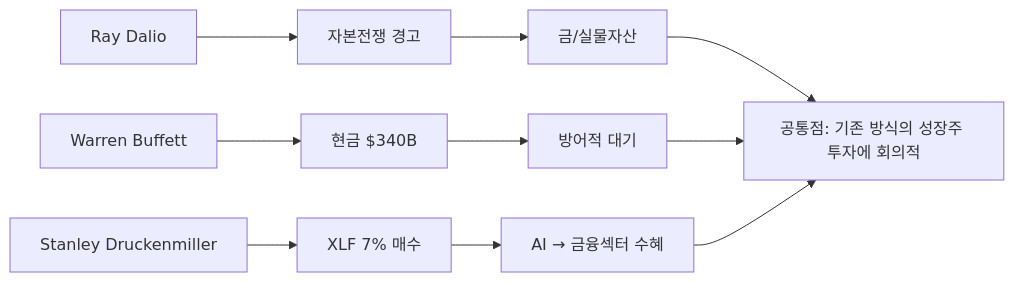
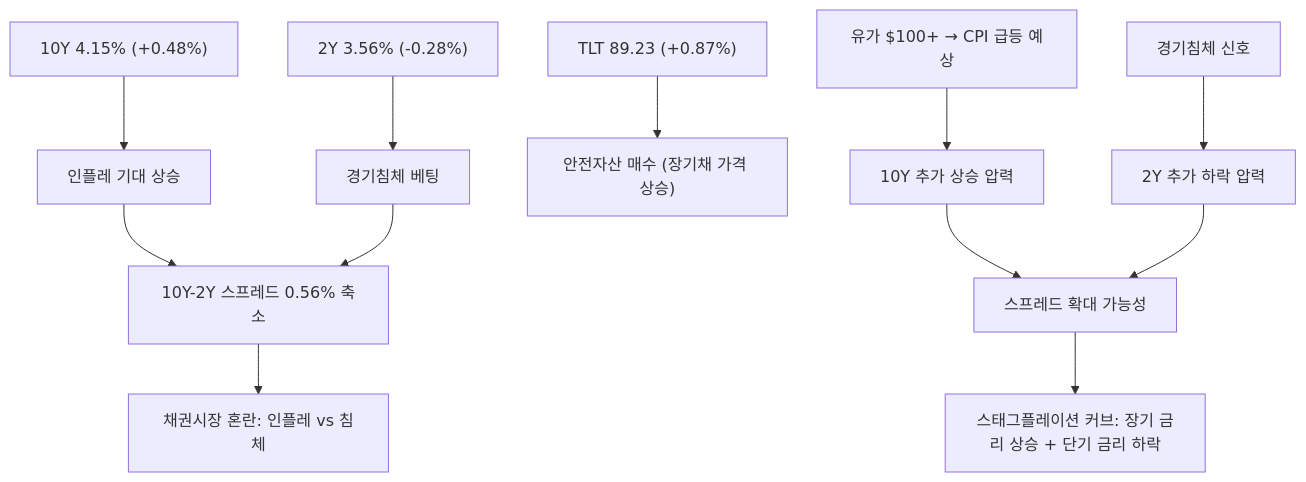
One commit to dss99911/dss99911.github.io changed the second of 8 diagrams in _posts/knowledge/invest/2026-01-21-macroeconomic-policy-sector-outlook-2026.md. Above: the diagram before and after it, drawn with Mermaid. The commit also changed other lines of this file and 4 other files, not shown here.

````diff
--- a/_posts/knowledge/invest/2026-01-21-macroeconomic-policy-sector-outlook-2026.md
+++ b/_posts/knowledge/invest/2026-01-21-macroeconomic-policy-sector-outlook-2026.md
@@ -124,12 +142,14 @@
 ```mermaid
-graph LR
-    A["Ray Dalio"] --> B["자본전쟁 경고"]
-    B --> C["금/실물자산"]
-    D["Warren Buffett"] --> E["현금 $340B"]
-    E --> F["방어적 대기"]
-    G["Stanley Druckenmiller"] --> H["XLF 7% 매수"]
-    H --> I["AI → 금융섹터 수혜"]
-    C --> J["공통점: 기존 방식의 성장주 투자에 회의적"]
-    F --> J
-    I --> J
+graph TD
+    A["10Y 4.15% (+0.48%)"] --> B["인플레 기대 상승"]
+    C["2Y 3.56% (-0.28%)"] --> D["경기침체 베팅"]
+    B --> E["10Y-2Y 스프레드 0.56% 축소"]
+    D --> E
+    E --> F["채권시장 혼란: 인플레 vs 침체"]
+    G["TLT 89.23 (+0.87%)"] --> H["안전자산 매수 (장기채 가격 상승)"]
+    I["유가 $100+ → CPI 급등 예상"] --> J["10Y 추가 상승 압력"]
+    K["경기침체 신호"] --> L["2Y 추가 하락 압력"]
+    J --> M["스프레드 확대 가능성"]
+    L --> M
+    M --> N["스태그플레이션 커브: 장기 금리 상승 + 단기 금리 하락"]
 ```
````
